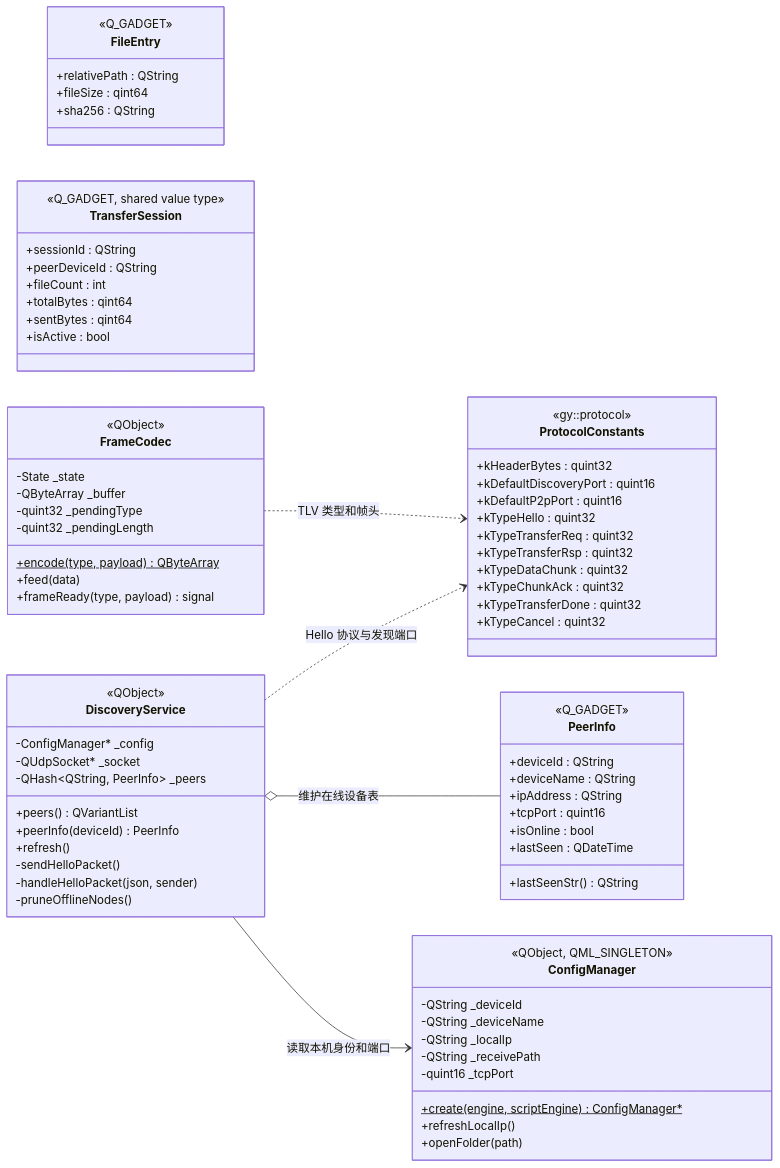
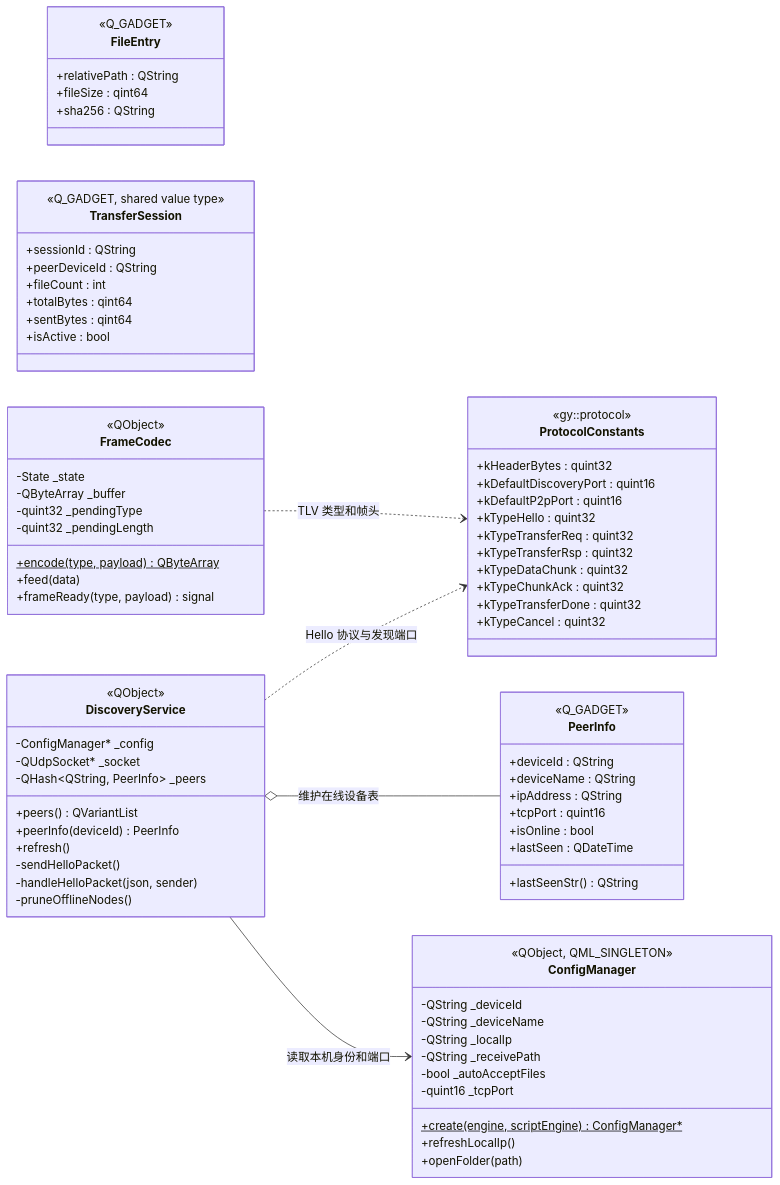
The second of 5 diagrams in doc/diagrams/class-diagram.md (Gsheep0729/GridYard), drawn with Mermaid before and after one commit. The commit also changed other lines of this file and 17 other files, not shown here.

```diff
--- a/doc/diagrams/class-diagram.md
+++ b/doc/diagrams/class-diagram.md
@@ -152,6 +154,7 @@
         -QString _deviceName
         -QString _localIp
         -QString _receivePath
+        -bool _autoAcceptFiles
         -quint16 _tcpPort
         +create(engine, scriptEngine)$ ConfigManager*
         +refreshLocalIp()
```
